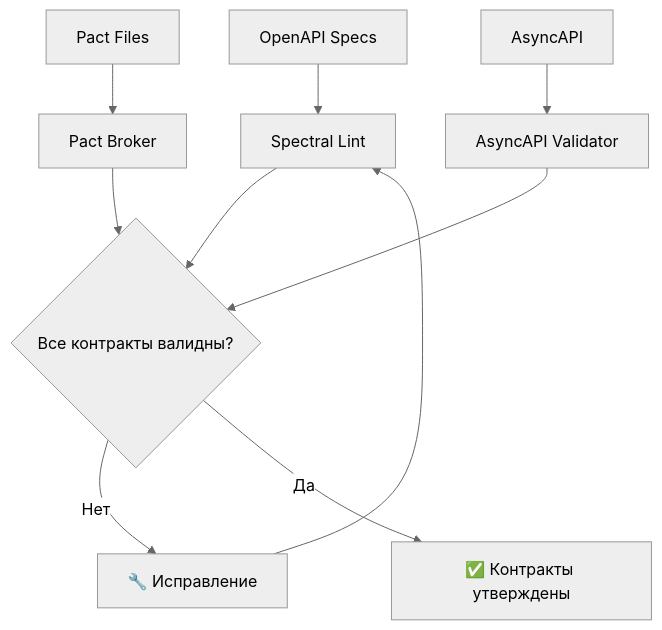
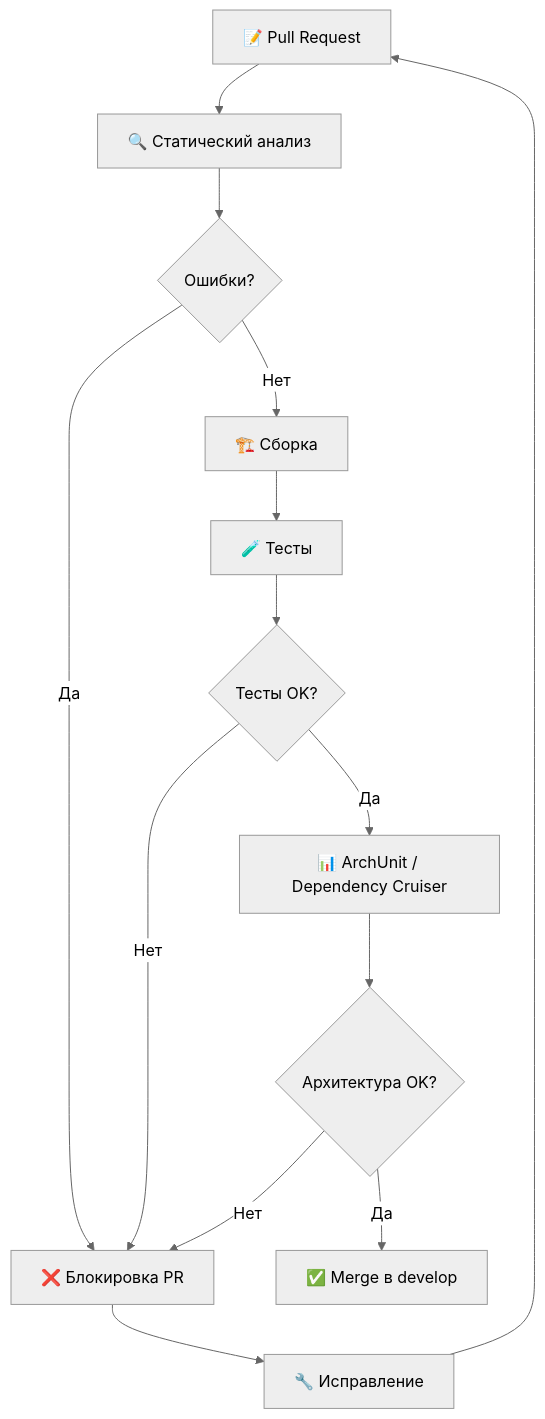
One commit to Goldie228/GoldPC changed diagram 14 of 14 in development-plan/02-contracts-and-architecture.md. Above: the diagram before and after it, drawn with Mermaid (neutral theme). The commit also changed other lines of this file and 10 other files, not shown here.

````diff
--- a/development-plan/02-contracts-and-architecture.md
+++ b/development-plan/02-contracts-and-architecture.md
@@ -724,15 +1250,16 @@
 ```mermaid
 flowchart TD
-    A[OpenAPI Specs] --> B[Spectral Lint]
-    C[Pact Files] --> D[Pact Broker]
-    E[AsyncAPI] --> F[AsyncAPI Validator]
-    
-    B --> G{Все контракты валидны?}
-    D --> G
-    F --> G
-    
-    G -- Нет --> H[🔧 Исправление]
-    H --> B
-    
-    G -- Да --> I[✅ Контракты утверждены]
+    A[📝 Pull Request] --> B[🔍 Статический анализ]
+    B --> C{Ошибки?}
+    C -- Да --> D[❌ Блокировка PR]
+    D --> E[🔧 Исправление]
+    E --> A
+    C -- Нет --> F[🏗️ Сборка]
+    F --> G[🧪 Тесты]
+    G --> H{Тесты OK?}
+    H -- Нет --> D
+    H -- Да --> I[📊 ArchUnit / Dependency Cruiser]
+    I --> J{Архитектура OK?}
+    J -- Нет --> D
+    J -- Да --> K[✅ Merge в develop]
 ```
````
